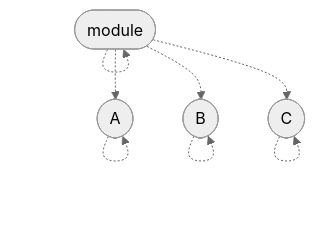
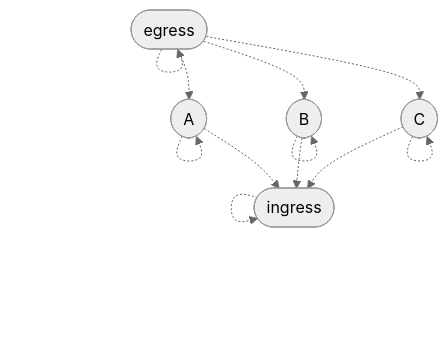
Diagram 21 of 25 in proofs/AdmissibilityGraph/README.md (stepchowfun/proofs), drawn with Mermaid (neutral theme) before and after one commit. The commit also changed other lines of this file, not shown here.

Commit message:
Flesh out the admissibility graph patterns

````diff
--- a/proofs/AdmissibilityGraph/README.md
+++ b/proofs/AdmissibilityGraph/README.md
@@ -377,15 +408,20 @@
 ```mermaid
 flowchart TD
-  m([module])
+  e([egress])
+  i([ingress])
   a([A])
   b([B])
   c([C])
 
-  m -.-> m
+  e -.-> e
+  i -.-> i
   a -.-> a
   b -.-> b
   c -.-> c
-  m -.-> a
-  m -.-> b
-  m -.-> c
+  e -.-> a
+  e -.-> b
+  e -.-> c
+  a -.-> i
+  b -.-> i
+  c -.-> i
 ```
````
